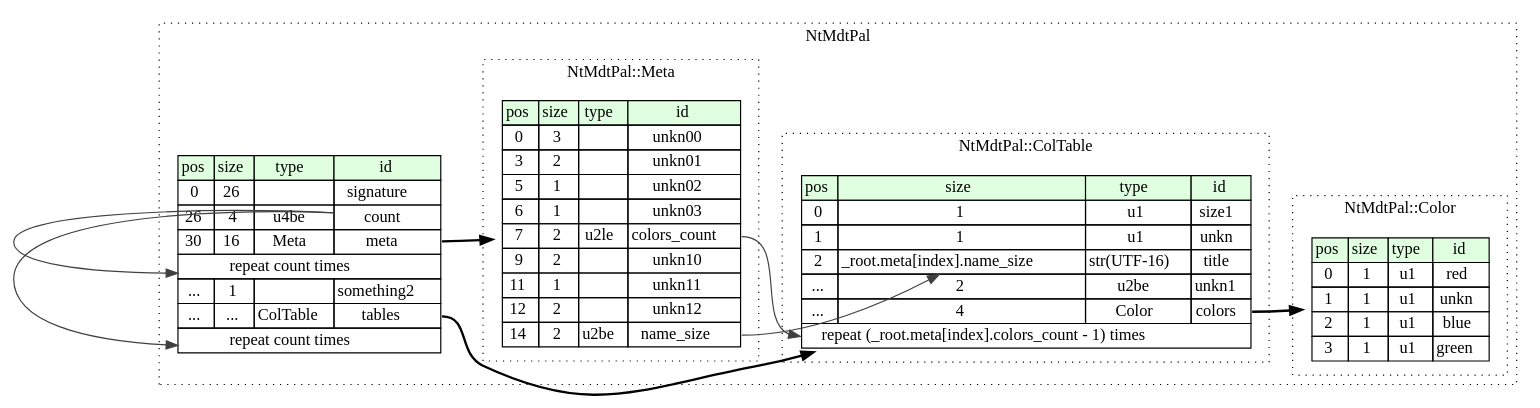
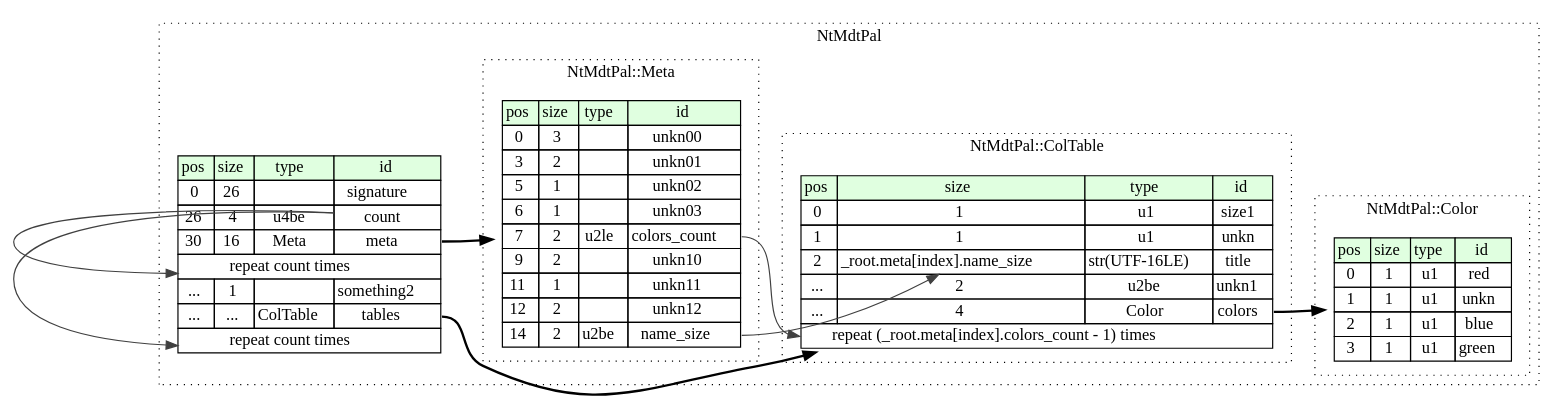
One commit to kaitai-io/formats-kaitai-io.github.io changed the diagram in nt_mdt_pal/src/graphviz/nt_mdt_pal.dot. Above: the diagram before and after it, drawn with Graphviz. The commit also changed 25 other files, not shown here.

```diff
--- a/nt_mdt_pal/src/graphviz/nt_mdt_pal.dot
+++ b/nt_mdt_pal/src/graphviz/nt_mdt_pal.dot
@@ -1,69 +1,69 @@
 digraph {
 	rankdir=LR;
 	node [shape=plaintext];
 	subgraph cluster__nt_mdt_pal {
 		label="NtMdtPal";
 		graph[style=dotted];
 
 		nt_mdt_pal__seq [label=<<TABLE BORDER="0" CELLBORDER="1" CELLSPACING="0">
 			<TR><TD BGCOLOR="#E0FFE0">pos</TD><TD BGCOLOR="#E0FFE0">size</TD><TD BGCOLOR="#E0FFE0">type</TD><TD BGCOLOR="#E0FFE0">id</TD></TR>
 			<TR><TD PORT="signature_pos">0</TD><TD PORT="signature_size">26</TD><TD></TD><TD PORT="signature_type">signature</TD></TR>
 			<TR><TD PORT="count_pos">26</TD><TD PORT="count_size">4</TD><TD>u4be</TD><TD PORT="count_type">count</TD></TR>
 			<TR><TD PORT="meta_pos">30</TD><TD PORT="meta_size">16</TD><TD>Meta</TD><TD PORT="meta_type">meta</TD></TR>
 			<TR><TD COLSPAN="4" PORT="meta__repeat">repeat count times</TD></TR>
 			<TR><TD PORT="something2_pos">...</TD><TD PORT="something2_size">1</TD><TD></TD><TD PORT="something2_type">something2</TD></TR>
 			<TR><TD PORT="tables_pos">...</TD><TD PORT="tables_size">...</TD><TD>ColTable</TD><TD PORT="tables_type">tables</TD></TR>
 			<TR><TD COLSPAN="4" PORT="tables__repeat">repeat count times</TD></TR>
 		</TABLE>>];
 		subgraph cluster__meta {
 			label="NtMdtPal::Meta";
 			graph[style=dotted];
 
 			meta__seq [label=<<TABLE BORDER="0" CELLBORDER="1" CELLSPACING="0">
 				<TR><TD BGCOLOR="#E0FFE0">pos</TD><TD BGCOLOR="#E0FFE0">size</TD><TD BGCOLOR="#E0FFE0">type</TD><TD BGCOLOR="#E0FFE0">id</TD></TR>
 				<TR><TD PORT="unkn00_pos">0</TD><TD PORT="unkn00_size">3</TD><TD></TD><TD PORT="unkn00_type">unkn00</TD></TR>
 				<TR><TD PORT="unkn01_pos">3</TD><TD PORT="unkn01_size">2</TD><TD></TD><TD PORT="unkn01_type">unkn01</TD></TR>
 				<TR><TD PORT="unkn02_pos">5</TD><TD PORT="unkn02_size">1</TD><TD></TD><TD PORT="unkn02_type">unkn02</TD></TR>
 				<TR><TD PORT="unkn03_pos">6</TD><TD PORT="unkn03_size">1</TD><TD></TD><TD PORT="unkn03_type">unkn03</TD></TR>
 				<TR><TD PORT="colors_count_pos">7</TD><TD PORT="colors_count_size">2</TD><TD>u2le</TD><TD PORT="colors_count_type">colors_count</TD></TR>
 				<TR><TD PORT="unkn10_pos">9</TD><TD PORT="unkn10_size">2</TD><TD></TD><TD PORT="unkn10_type">unkn10</TD></TR>
 				<TR><TD PORT="unkn11_pos">11</TD><TD PORT="unkn11_size">1</TD><TD></TD><TD PORT="unkn11_type">unkn11</TD></TR>
 				<TR><TD PORT="unkn12_pos">12</TD><TD PORT="unkn12_size">2</TD><TD></TD><TD PORT="unkn12_type">unkn12</TD></TR>
 				<TR><TD PORT="name_size_pos">14</TD><TD PORT="name_size_size">2</TD><TD>u2be</TD><TD PORT="name_size_type">name_size</TD></TR>
 			</TABLE>>];
 		}
 		subgraph cluster__color {
 			label="NtMdtPal::Color";
 			graph[style=dotted];
 
 			color__seq [label=<<TABLE BORDER="0" CELLBORDER="1" CELLSPACING="0">
 				<TR><TD BGCOLOR="#E0FFE0">pos</TD><TD BGCOLOR="#E0FFE0">size</TD><TD BGCOLOR="#E0FFE0">type</TD><TD BGCOLOR="#E0FFE0">id</TD></TR>
 				<TR><TD PORT="red_pos">0</TD><TD PORT="red_size">1</TD><TD>u1</TD><TD PORT="red_type">red</TD></TR>
 				<TR><TD PORT="unkn_pos">1</TD><TD PORT="unkn_size">1</TD><TD>u1</TD><TD PORT="unkn_type">unkn</TD></TR>
 				<TR><TD PORT="blue_pos">2</TD><TD PORT="blue_size">1</TD><TD>u1</TD><TD PORT="blue_type">blue</TD></TR>
 				<TR><TD PORT="green_pos">3</TD><TD PORT="green_size">1</TD><TD>u1</TD><TD PORT="green_type">green</TD></TR>
 			</TABLE>>];
 		}
 		subgraph cluster__col_table {
 			label="NtMdtPal::ColTable";
 			graph[style=dotted];
 
 			col_table__seq [label=<<TABLE BORDER="0" CELLBORDER="1" CELLSPACING="0">
 				<TR><TD BGCOLOR="#E0FFE0">pos</TD><TD BGCOLOR="#E0FFE0">size</TD><TD BGCOLOR="#E0FFE0">type</TD><TD BGCOLOR="#E0FFE0">id</TD></TR>
 				<TR><TD PORT="size1_pos">0</TD><TD PORT="size1_size">1</TD><TD>u1</TD><TD PORT="size1_type">size1</TD></TR>
 				<TR><TD PORT="unkn_pos">1</TD><TD PORT="unkn_size">1</TD><TD>u1</TD><TD PORT="unkn_type">unkn</TD></TR>
-				<TR><TD PORT="title_pos">2</TD><TD PORT="title_size">_root.meta[index].name_size</TD><TD>str(UTF-16)</TD><TD PORT="title_type">title</TD></TR>
+				<TR><TD PORT="title_pos">2</TD><TD PORT="title_size">_root.meta[index].name_size</TD><TD>str(UTF-16LE)</TD><TD PORT="title_type">title</TD></TR>
 				<TR><TD PORT="unkn1_pos">...</TD><TD PORT="unkn1_size">2</TD><TD>u2be</TD><TD PORT="unkn1_type">unkn1</TD></TR>
 				<TR><TD PORT="colors_pos">...</TD><TD PORT="colors_size">4</TD><TD>Color</TD><TD PORT="colors_type">colors</TD></TR>
 				<TR><TD COLSPAN="4" PORT="colors__repeat">repeat (_root.meta[index].colors_count - 1) times</TD></TR>
 			</TABLE>>];
 		}
 	}
 	nt_mdt_pal__seq:meta_type -> meta__seq [style=bold];
 	nt_mdt_pal__seq:count_type -> nt_mdt_pal__seq:meta__repeat [color="#404040"];
 	nt_mdt_pal__seq:tables_type -> col_table__seq [style=bold];
 	nt_mdt_pal__seq:count_type -> nt_mdt_pal__seq:tables__repeat [color="#404040"];
 	meta__seq:name_size_type -> col_table__seq:title_size [color="#404040"];
 	col_table__seq:colors_type -> color__seq [style=bold];
 	meta__seq:colors_count_type -> col_table__seq:colors__repeat [color="#404040"];
 }
```
